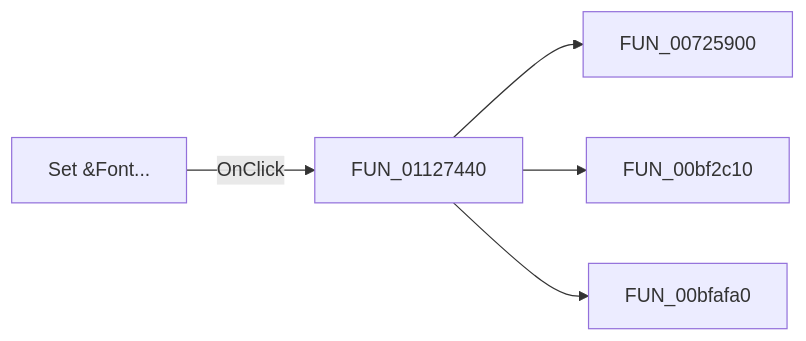
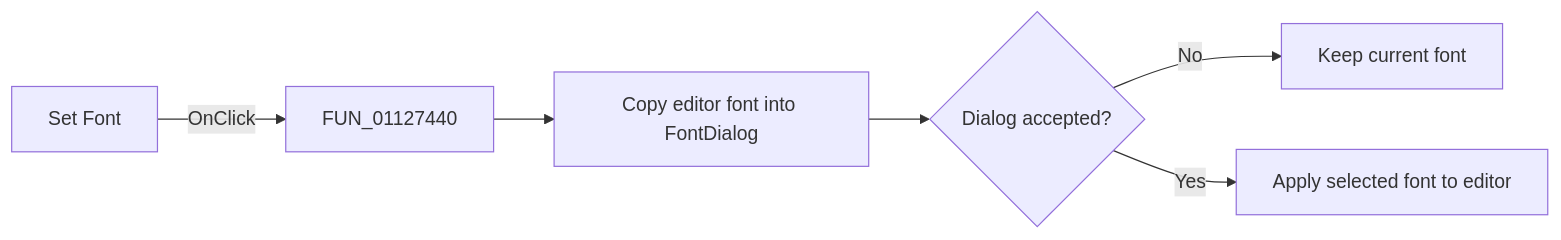
The diagram in docs/ui-controls/signaleditordlg/pmisetfont-606f3c8872.md (MovGP0/TIARA), drawn with Mermaid before and after one commit. The commit also changed other lines of this file and 1062 other files, not shown here.

````diff
--- a/docs/ui-controls/signaleditordlg/pmisetfont-606f3c8872.md
+++ b/docs/ui-controls/signaleditordlg/pmisetfont-606f3c8872.md
@@ -27,7 +30,8 @@
 ```mermaid
 flowchart LR
-    control["Set &Font..."] -->|OnClick| handler["FUN_01127440"]
-    handler --> call1["FUN_00725900"]
-    handler --> call2["FUN_00bf2c10"]
-    handler --> call3["FUN_00bfafa0"]
+    control["Set Font"] -->|"OnClick"| handler["FUN_01127440"]
+    handler --> seed["Copy editor font into FontDialog"]
+    seed --> accepted{"Dialog accepted?"}
+    accepted -->|"No"| unchanged["Keep current font"]
+    accepted -->|"Yes"| apply["Apply selected font to editor"]
 ```
````
